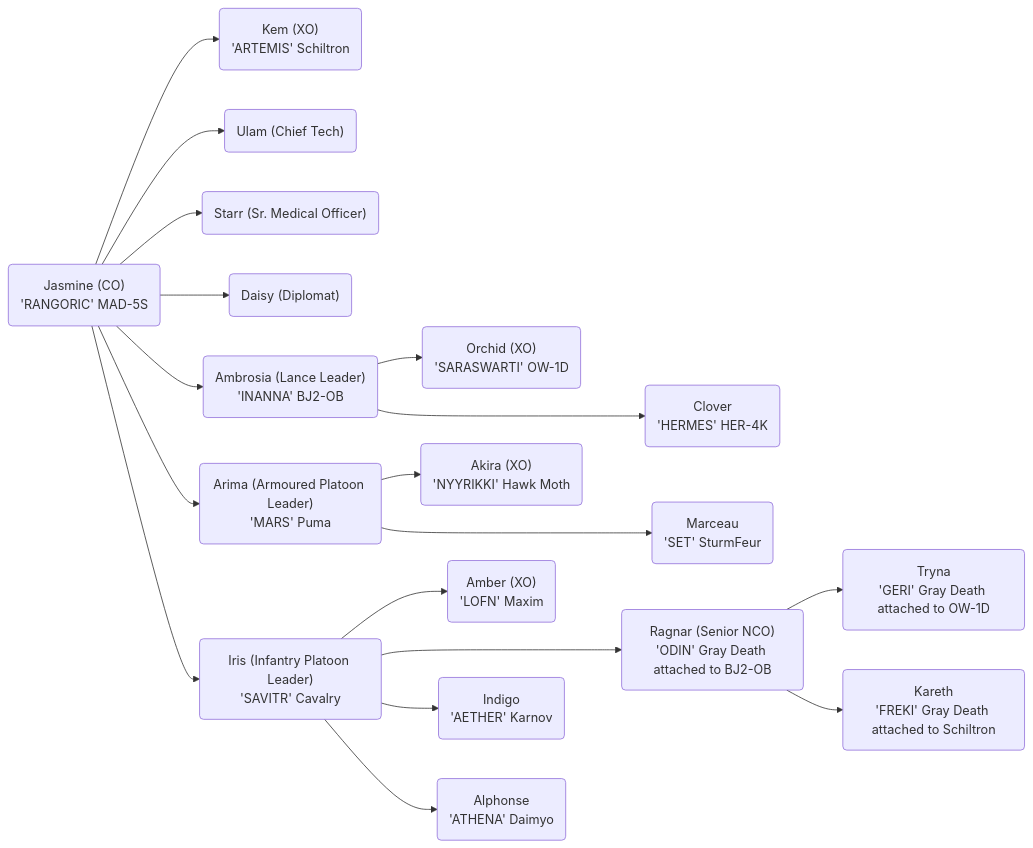
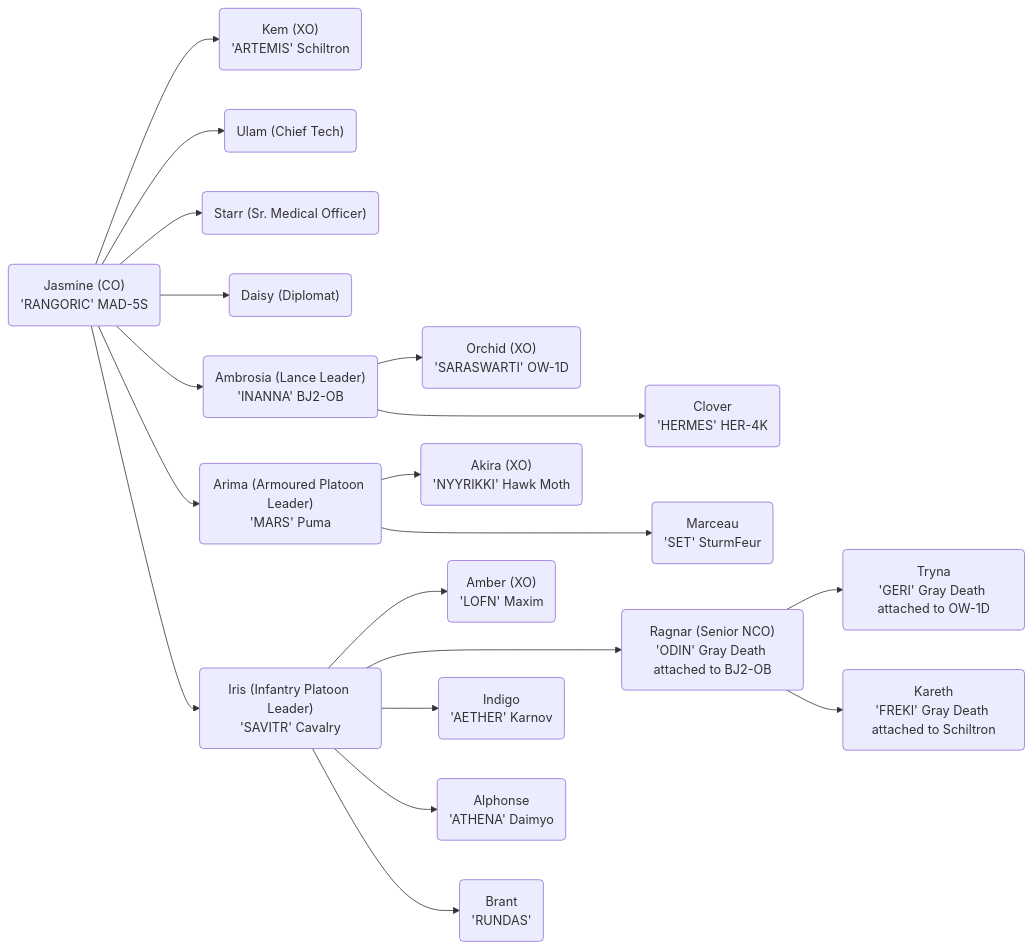
One commit to Rangoric/BattleTech-Campaign changed the diagram in README.md. Above: the diagram before and after it, drawn with Mermaid. The commit also changed other lines of this file and 4 other files, not shown here.

````diff
--- a/README.md
+++ b/README.md
@@ -3,38 +3,40 @@
 ```mermaid
 flowchart LR
   co("Jasmine (CO)\n'RANGORIC' MAD-5S")
   xo("Kem (XO)\n'ARTEMIS' Schiltron")
   ct("Ulam (Chief Tech)")
   smo("Starr (Sr. Medical Officer)")
   dp("Daisy (Diplomat)")
   ll("Ambrosia (Lance Leader)\n'INANNA' BJ2-OB")
   lm1("Clover\n'HERMES' HER-4K")
   lxo("Orchid (XO)\n'SARASWARTI' OW-1D")
   al("Arima (Armoured Platoon Leader)\n'MARS' Puma")
   axo("Akira (XO)"\n'NYYRIKKI' Hawk Moth)
   am1("Marceau\n'SET' SturmFeur")
   il("Iris (Infantry Platoon Leader)"\n'SAVITR' Cavalry)
   im1("Indigo\n'AETHER' Karnov")
   im2("Alphonse\n'ATHENA' Daimyo")
   isnco("Ragnar (Senior NCO)\n'ODIN' Gray Death attached to BJ2-OB")
   iyl1("Tryna\n'GERI' Gray Death attached to OW-1D")
   iyl3("Kareth\n'FREKI' Gray Death attached to Schiltron")
   ixo("Amber (XO)\n'LOFN' Maxim")
+  ilm("Brant\n'RUNDAS'")
   co --> xo
   co --> ct
   co --> smo
   co --> dp
   co --> ll
   co --> al
   co --> il
   ll --> lxo
   ll ---> lm1
   al --> axo
   al ---> am1
   il --> ixo
   il ---> isnco
   il --> im1
   il --> im2
   isnco --> iyl1
   isnco --> iyl3
+  il --> ilm
 ```
````
